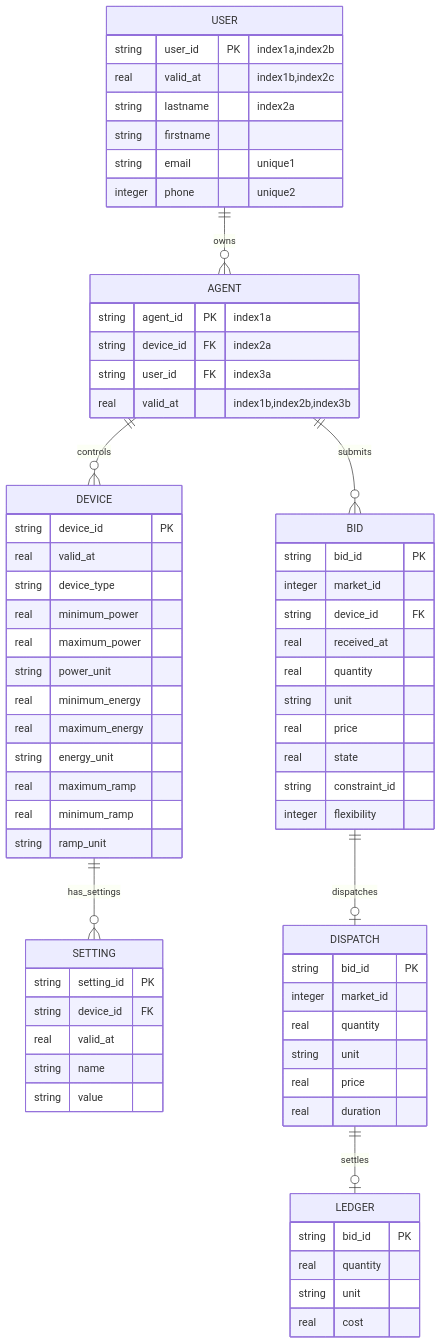
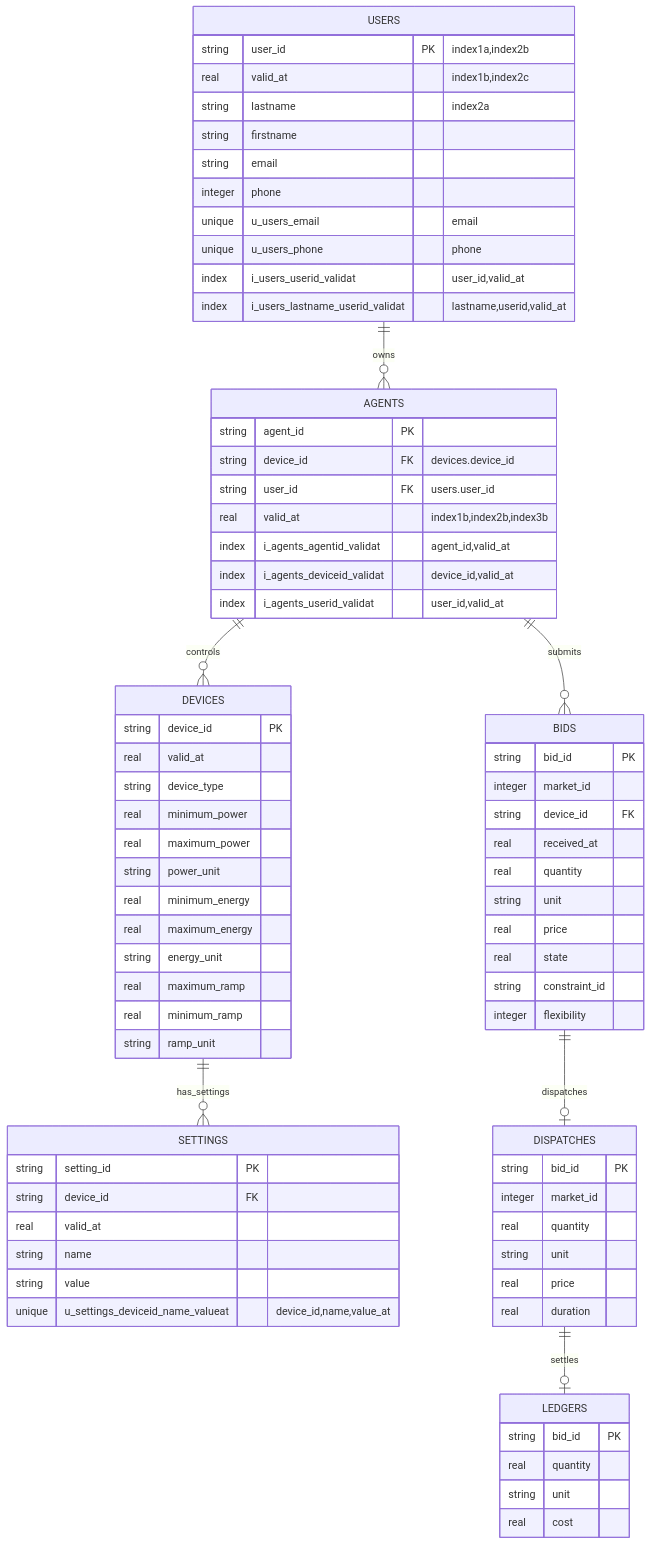
Before and after one commit to aivanova5/design: the diagram in docs/database.md, drawn with Mermaid.

````diff
--- a/docs/database.md
+++ b/docs/database.md
@@ -1,24 +1,31 @@
 ```mermaid
 erDiagram
 
-  USER {
+  USERS {
     string user_id PK "index1a,index2b"
     real valid_at "index1b,index2c"
     string lastname "index2a"
     string firstname
-    string email "unique1"
-    integer phone "unique2"
+    string email
+    integer phone
+    unique u_users_email "email"
+    unique u_users_phone "phone"
+    index i_users_userid_validat "user_id,valid_at"
+    index i_users_lastname_userid_validat "lastname,userid,valid_at"
   }
-  USER ||--o{ AGENT : owns
+  USERS ||--o{ AGENTS : owns
 
-  AGENT {
-    string agent_id PK "index1a"
-    string device_id FK "index2a"
-    string user_id FK "index3a"
+  AGENTS {
+    string agent_id PK 
+    string device_id FK "devices.device_id"
+    string user_id FK "users.user_id"
     real valid_at "index1b,index2b,index3b"
+    index i_agents_agentid_validat "agent_id,valid_at"
+    index i_agents_deviceid_validat "device_id,valid_at"
+    index i_agents_userid_validat "user_id,valid_at"
   }
   
-  DEVICE {
+  DEVICES {
     string device_id PK
     real valid_at
     string device_type
@@ -32,19 +39,20 @@
     real minimum_ramp
     string ramp_unit
   }
-  AGENT ||--o{ DEVICE : controls
+  AGENTS ||--o{ DEVICES : controls
   
-  SETTING {
+  SETTINGS {
     string setting_id PK
     string device_id FK
     real valid_at
     string name
     string value
+    unique u_settings_deviceid_name_valueat "device_id,name,value_at"
   }
-  DEVICE ||--o{ SETTING : has_settings
+  DEVICES ||--o{ SETTINGS : has_settings
   
   
-  BID {
+  BIDS {
     string bid_id PK
     integer market_id
     string device_id FK
@@ -56,9 +64,9 @@
     string constraint_id
     integer flexibility
   }
-  AGENT ||--o{ BID : submits
+  AGENTS ||--o{ BIDS : submits
   
-  DISPATCH {
+  DISPATCHES {
     string bid_id PK
     integer market_id
     real quantity
@@ -66,14 +74,14 @@
     real price
     real duration
   }
-  BID ||--o| DISPATCH : dispatches
+  BIDS ||--o| DISPATCHES : dispatches
   
-  LEDGER {
+  LEDGERS {
     string bid_id PK
     real quantity
     string unit
     real cost
   }
-  DISPATCH ||--o| LEDGER : settles
+  DISPATCHES ||--o| LEDGERS : settles
   
 ```
````
